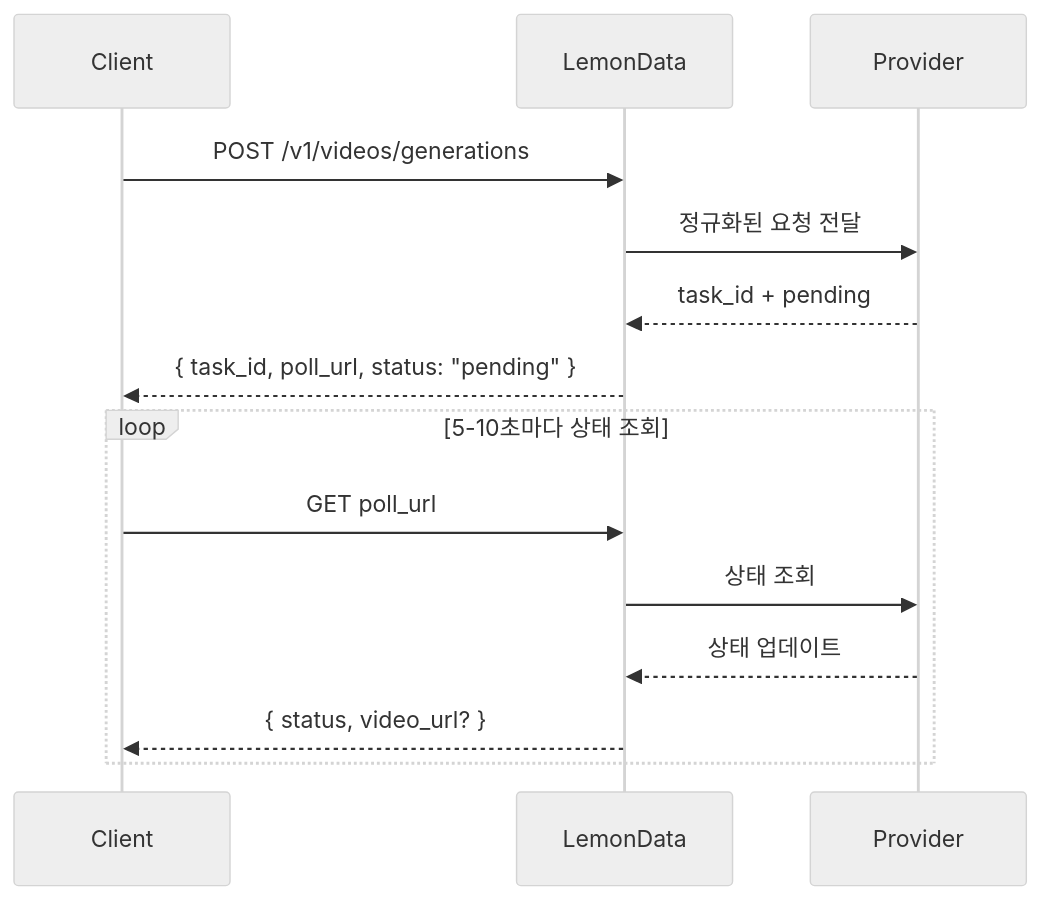
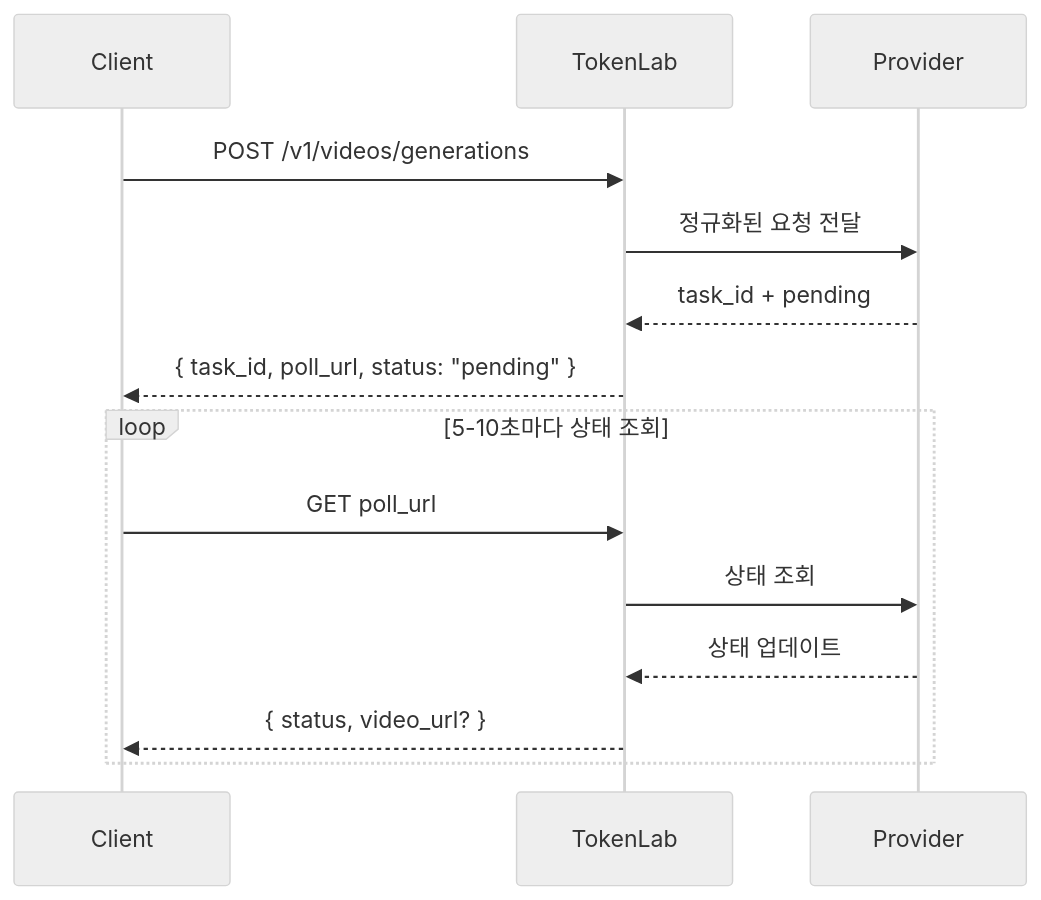
One commit to hedging8563/lemondata-docs changed the diagram in ko/guides/video-generation.mdx. Above: the diagram before and after it, drawn with Mermaid (neutral theme). The commit also changed other lines of this file and 858 other files, not shown here.

````diff
--- a/ko/guides/video-generation.mdx
+++ b/ko/guides/video-generation.mdx
@@ -26,18 +26,18 @@
 ```mermaid
 sequenceDiagram
     participant Client
-    participant LemonData
+    participant TokenLab
     participant Provider
 
-    Client->>LemonData: POST /v1/videos/generations
-    LemonData->>Provider: 정규화된 요청 전달
-    Provider-->>LemonData: task_id + pending
-    LemonData-->>Client: { task_id, poll_url, status: "pending" }
+    Client->>TokenLab: POST /v1/videos/generations
+    TokenLab->>Provider: 정규화된 요청 전달
+    Provider-->>TokenLab: task_id + pending
+    TokenLab-->>Client: { task_id, poll_url, status: "pending" }
 
     loop 5-10초마다 상태 조회
-        Client->>LemonData: GET poll_url
-        LemonData->>Provider: 상태 조회
-        Provider-->>LemonData: 상태 업데이트
-        LemonData-->>Client: { status, video_url? }
+        Client->>TokenLab: GET poll_url
+        TokenLab->>Provider: 상태 조회
+        Provider-->>TokenLab: 상태 업데이트
+        TokenLab-->>Client: { status, video_url? }
     end
 ```
````
